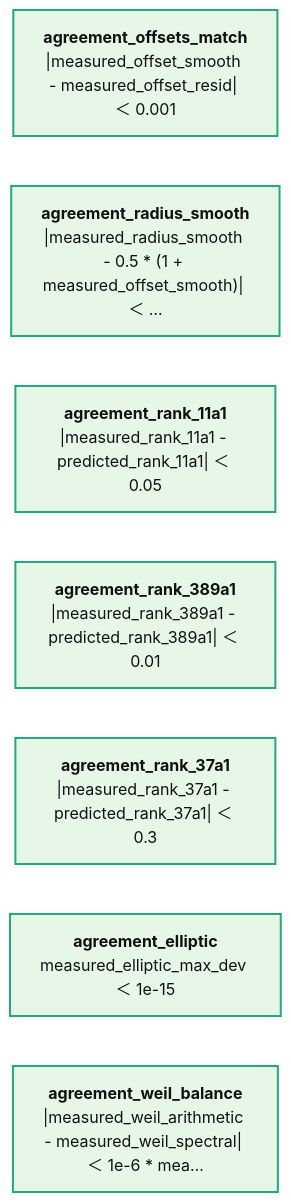
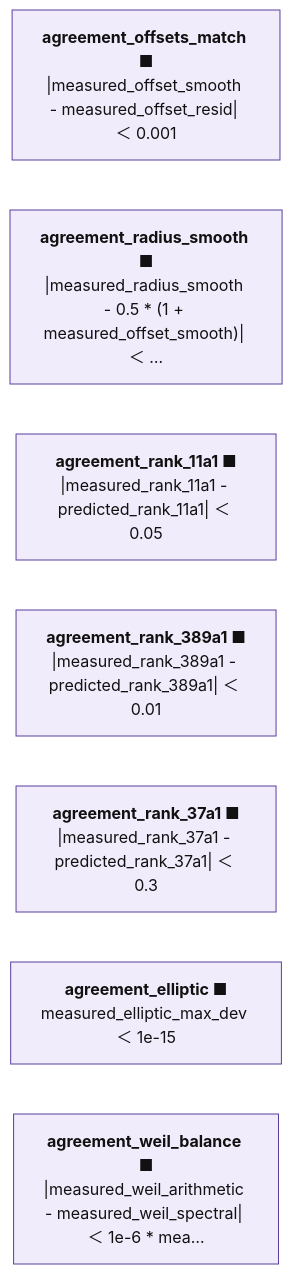
One commit to juliansambranojr/Primebeat_081426 changed the diagram in map/lean/Measured.md. Above: the diagram before and after it, drawn with Mermaid. The commit also changed other lines of this file and 398 other files, not shown here.

````diff
--- a/map/lean/Measured.md
+++ b/map/lean/Measured.md
@@ -12,15 +12,18 @@
 ```mermaid
 flowchart LR
-  n0["<b>agreement_offsets_match</b><br/>|measured_offset_smooth - measured_offset_resid| ＜ 0.001"]:::end_
-  n1["<b>agreement_radius_smooth</b><br/>|measured_radius_smooth - 0.5 * (1 + measured_offset_smooth)| ＜ …"]:::end_
-  n2["<b>agreement_rank_11a1</b><br/>|measured_rank_11a1 - predicted_rank_11a1| ＜ 0.05"]:::end_
-  n3["<b>agreement_rank_389a1</b><br/>|measured_rank_389a1 - predicted_rank_389a1| ＜ 0.01"]:::end_
-  n4["<b>agreement_rank_37a1</b><br/>|measured_rank_37a1 - predicted_rank_37a1| ＜ 0.3"]:::end_
-  n5["<b>agreement_elliptic</b><br/>measured_elliptic_max_dev ＜ 1e-15"]:::end_
-  n6["<b>agreement_weil_balance</b><br/>|measured_weil_arithmetic - measured_weil_spectral| ＜ 1e-6 * mea…"]:::end_
+  n0["<b>agreement_offsets_match ■</b><br/>|measured_offset_smooth - measured_offset_resid| ＜ 0.001"]:::shp
+  n1["<b>agreement_radius_smooth ■</b><br/>|measured_radius_smooth - 0.5 * (1 + measured_offset_smooth)| ＜ …"]:::shp
+  n2["<b>agreement_rank_11a1 ■</b><br/>|measured_rank_11a1 - predicted_rank_11a1| ＜ 0.05"]:::shp
+  n3["<b>agreement_rank_389a1 ■</b><br/>|measured_rank_389a1 - predicted_rank_389a1| ＜ 0.01"]:::shp
+  n4["<b>agreement_rank_37a1 ■</b><br/>|measured_rank_37a1 - predicted_rank_37a1| ＜ 0.3"]:::shp
+  n5["<b>agreement_elliptic ■</b><br/>measured_elliptic_max_dev ＜ 1e-15"]:::shp
+  n6["<b>agreement_weil_balance ■</b><br/>|measured_weil_arithmetic - measured_weil_spectral| ＜ 1e-6 * mea…"]:::shp
+  classDef cnt fill:#dff5ec,stroke:#17694a,color:#111
+  classDef shp fill:#f1ecfb,stroke:#5b3fa0,color:#111
+  classDef rh fill:#ffe5e5,stroke:#c22,color:#111,stroke-width:2px
   classDef thm fill:#eef4ff,stroke:#335,color:#111
   classDef end_ fill:#e7f7e7,stroke:#2a7,color:#111,stroke-width:2px
   classDef lone fill:#fff,stroke:#999,color:#111,stroke-dasharray:4 3
   classDef bad fill:#ffe5e5,stroke:#c22,color:#111,stroke-width:2px
   classDef ext fill:#fff8e1,stroke:#b80,color:#111
 ```
````
